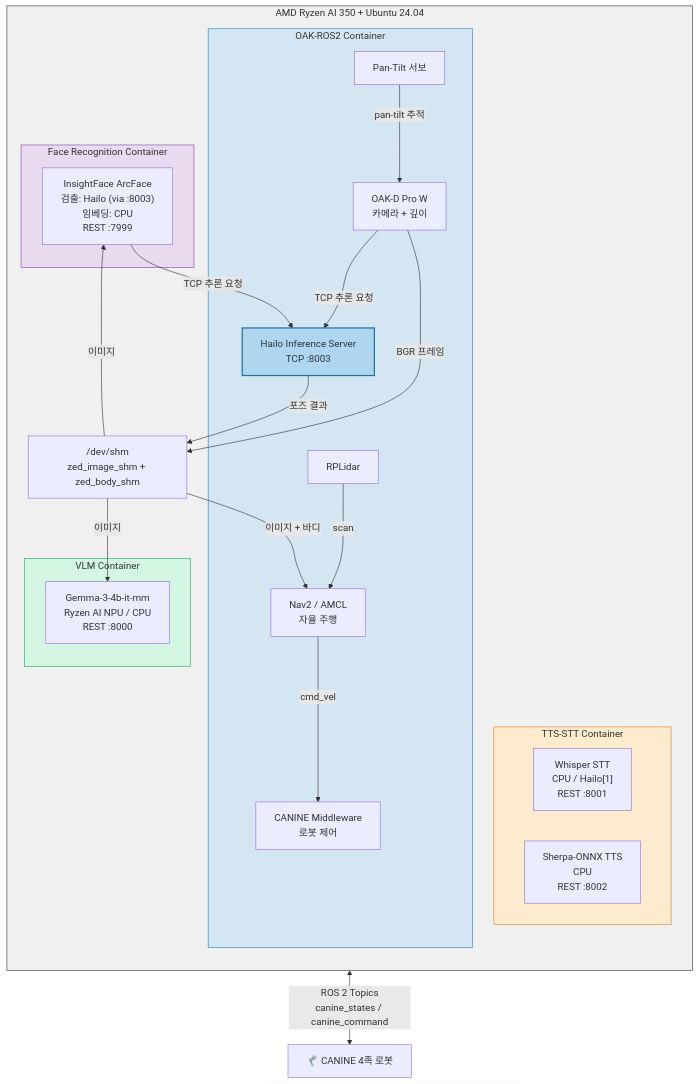
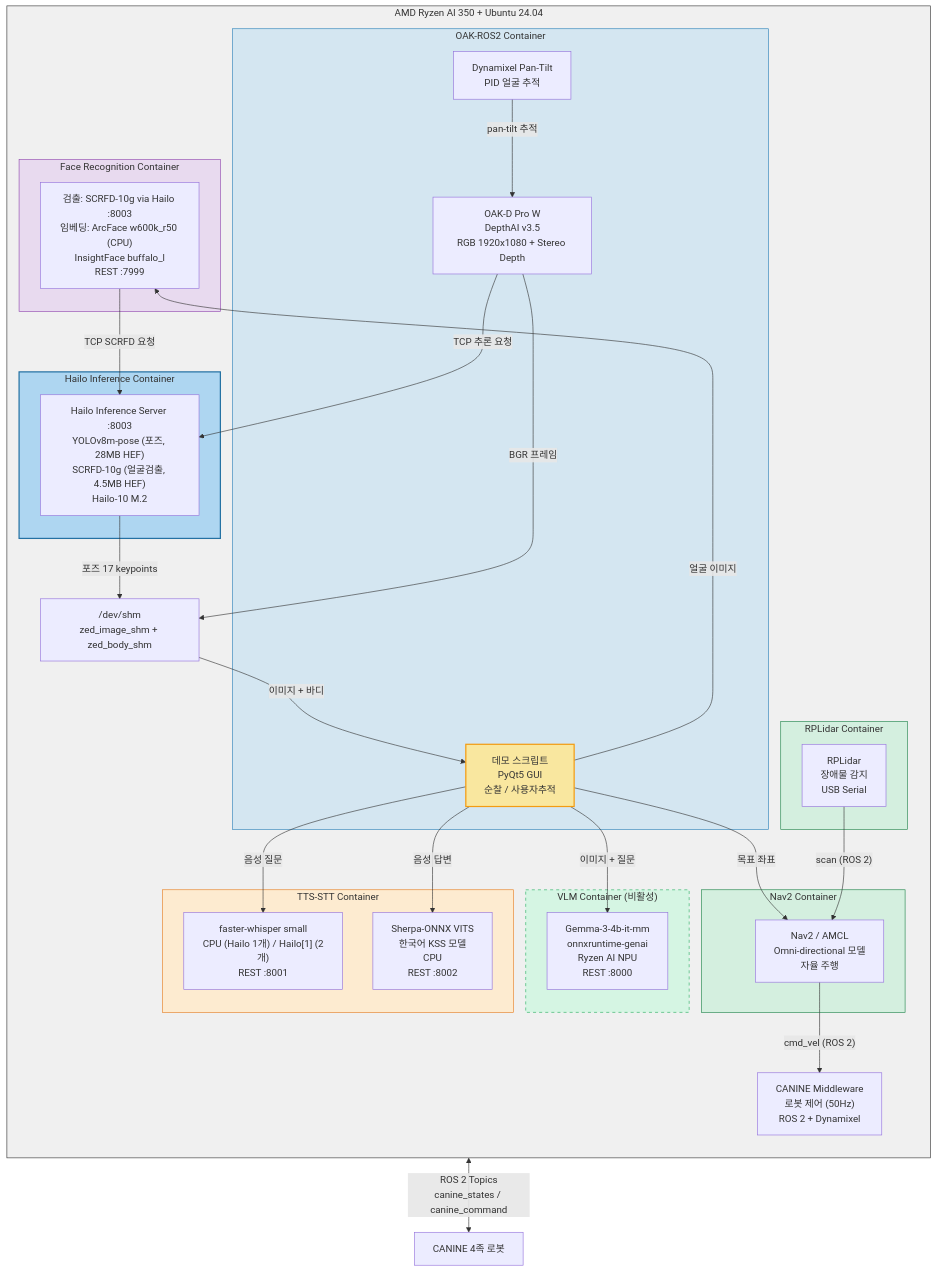
One commit to ETRI-OAC/ETRI-OAC-DEMO changed the diagram in README.md. Above: the diagram before and after it, drawn with Mermaid. The commit also changed 24 other files, not shown here.

First line of the commit message:
Separate Hailo, Nav2, RPLidar into dedicated Docker containers

````diff
--- a/README.md
+++ b/README.md
@@ -5,51 +5,68 @@
 ```mermaid
 graph TB
     subgraph HOST["AMD Ryzen AI 350 + Ubuntu 24.04"]
         direction TB
 
         subgraph OAK["OAK-ROS2 Container"]
-            CAM["OAK-D Pro W<br/>카메라 + 깊이"]
-            HAILO_SRV["Hailo Inference Server<br/>TCP :8003"]
-            NAV["Nav2 / AMCL<br/>자율 주행"]
-            MW["CANINE Middleware<br/>로봇 제어"]
-            LIDAR["RPLidar"]
-            PT["Pan-Tilt 서보"]
+            CAM["OAK-D Pro W<br/>DepthAI v3.5<br/>RGB 1920x1080 + Stereo Depth"]
+            PT["Dynamixel Pan-Tilt<br/>PID 얼굴 추적"]
+            DEMO["데모 스크립트<br/>PyQt5 GUI<br/>순찰 / 사용자추적"]
         end
 
-        subgraph VLM_C["VLM Container"]
-            VLM["Gemma-3-4b-it-mm<br/>Ryzen AI NPU / CPU<br/>REST :8000"]
+        subgraph HAILO_C["Hailo Inference Container"]
+            HAILO_SRV["Hailo Inference Server :8003<br/>YOLOv8m-pose (포즈, 28MB HEF)<br/>SCRFD-10g (얼굴검출, 4.5MB HEF)<br/>Hailo-10 M.2"]
+        end
+
+        subgraph NAV_C["Nav2 Container"]
+            NAV["Nav2 / AMCL<br/>Omni-directional 모델<br/>자율 주행"]
+        end
+
+        subgraph LIDAR_C["RPLidar Container"]
+            LIDAR["RPLidar<br/>장애물 감지<br/>USB Serial"]
+        end
+
+        MW["CANINE Middleware<br/>로봇 제어 (50Hz)<br/>ROS 2 + Dynamixel"]
+
+        subgraph VLM_C["VLM Container (비활성)"]
+            VLM["Gemma-3-4b-it-mm<br/>onnxruntime-genai<br/>Ryzen AI NPU<br/>REST :8000"]
         end
 
         subgraph TTS_C["TTS-STT Container"]
-            STT["Whisper STT<br/>CPU / Hailo[1]<br/>REST :8001"]
-            TTS["Sherpa-ONNX TTS<br/>CPU<br/>REST :8002"]
+            STT["faster-whisper small<br/>CPU (Hailo 1개) / Hailo[1] (2개)<br/>REST :8001"]
+            TTS["Sherpa-ONNX VITS<br/>한국어 KSS 모델<br/>CPU<br/>REST :8002"]
         end
 
         subgraph FACE_C["Face Recognition Container"]
-            FACE["InsightFace ArcFace<br/>검출: Hailo (via :8003)<br/>임베딩: CPU<br/>REST :7999"]
+            FACE["검출: SCRFD-10g via Hailo :8003<br/>임베딩: ArcFace w600k_r50 (CPU)<br/>InsightFace buffalo_l<br/>REST :7999"]
         end
 
         SHM["/dev/shm<br/>zed_image_shm + zed_body_shm"]
     end
 
-    ROBOT["🦿 CANINE 4족 로봇"]
+    ROBOT["CANINE 4족 로봇"]
 
     CAM -->|"BGR 프레임"| SHM
-    HAILO_SRV -->|"포즈 결과"| SHM
+    HAILO_SRV -->|"포즈 17 keypoints"| SHM
     CAM -->|"TCP 추론 요청"| HAILO_SRV
-    FACE -->|"TCP 추론 요청"| HAILO_SRV
-    SHM -->|"이미지 + 바디"| NAV
-    SHM -->|"이미지"| VLM
-    SHM -->|"이미지"| FACE
+    FACE -->|"TCP SCRFD 요청"| HAILO_SRV
+    SHM -->|"이미지 + 바디"| DEMO
+    DEMO -->|"음성 질문"| STT
+    DEMO -->|"음성 답변"| TTS
+    DEMO -->|"이미지 + 질문"| VLM
+    DEMO -->|"얼굴 이미지"| FACE
+    DEMO -->|"목표 좌표"| NAV
     MW <-->|"ROS 2 Topics<br/>canine_states / canine_command"| ROBOT
-    LIDAR -->|"scan"| NAV
-    NAV -->|"cmd_vel"| MW
+    LIDAR -->|"scan (ROS 2)"| NAV
+    NAV -->|"cmd_vel (ROS 2)"| MW
     PT -->|"pan-tilt 추적"| CAM
 
     style HOST fill:#f0f0f0,stroke:#333
     style OAK fill:#d4e6f1,stroke:#2980b9
-    style VLM_C fill:#d5f5e3,stroke:#27ae60
+    style HAILO_C fill:#aed6f1,stroke:#2471a3,stroke-width:2px
+    style NAV_C fill:#d4efdf,stroke:#1e8449
+    style LIDAR_C fill:#d4efdf,stroke:#1e8449
+    style VLM_C fill:#d5f5e3,stroke:#27ae60,stroke-dasharray: 5 5
     style TTS_C fill:#fdebd0,stroke:#e67e22
     style FACE_C fill:#e8daef,stroke:#8e44ad
-    style HAILO_SRV fill:#aed6f1,stroke:#2471a3,stroke-width:2px
+    style DEMO fill:#f9e79f,stroke:#f39c12,stroke-width:2px
 ```
````
